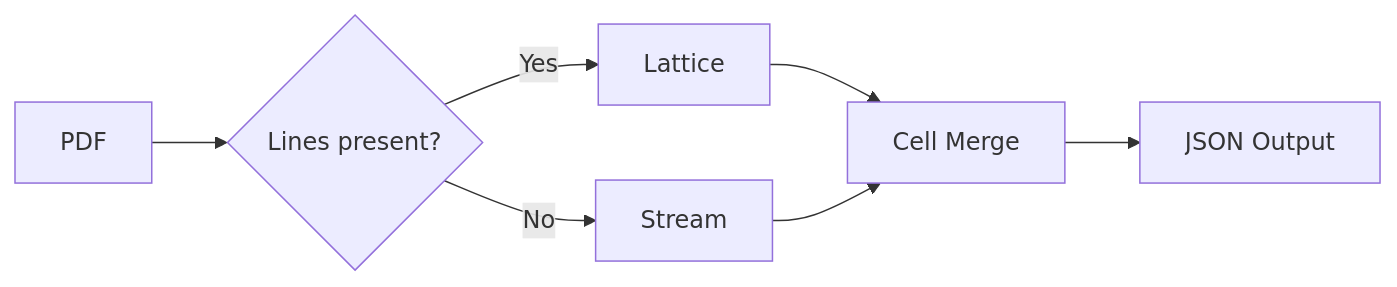
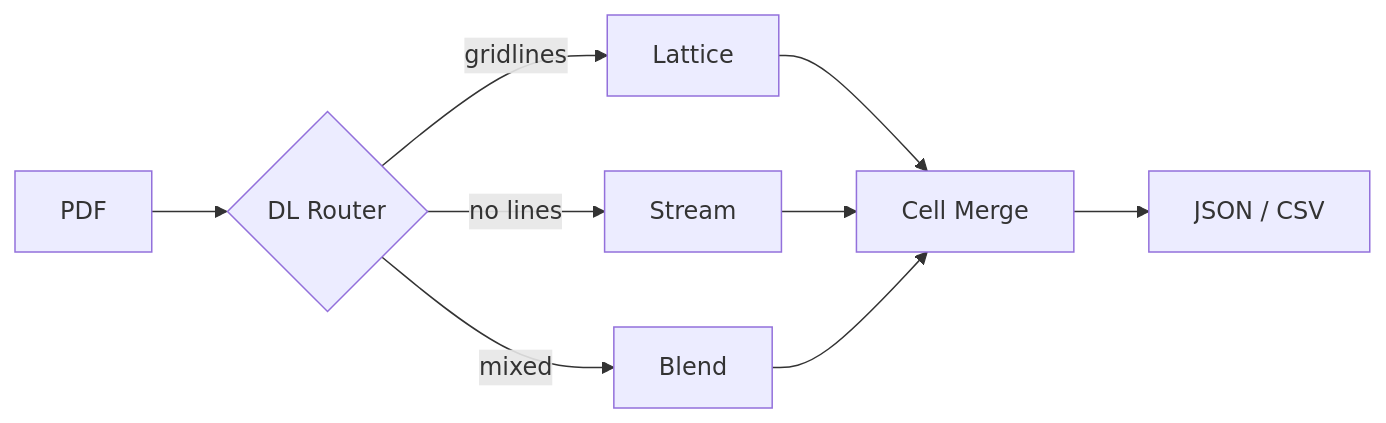
Before and after one commit to dreamyoungs/trex: the first of 2 diagrams in README.md, drawn with Mermaid. The commit also changed other lines of this file and 1 other file, not shown here.

````diff
--- a/README.md
+++ b/README.md
@@ -50,9 +84,11 @@
 ```mermaid
 graph LR
-    A[PDF] --> B{Lines present?}
-    B -->|Yes| C[Lattice]
-    B -->|No| D[Stream]
+    A[PDF] --> B{DL Router}
+    B -->|gridlines| C[Lattice]
+    B -->|no lines| D[Stream]
+    B -->|mixed| G[Blend]
     C --> E[Cell Merge]
     D --> E
-    E --> F[JSON Output]
+    G --> E
+    E --> F[JSON / CSV]
 ```
````
